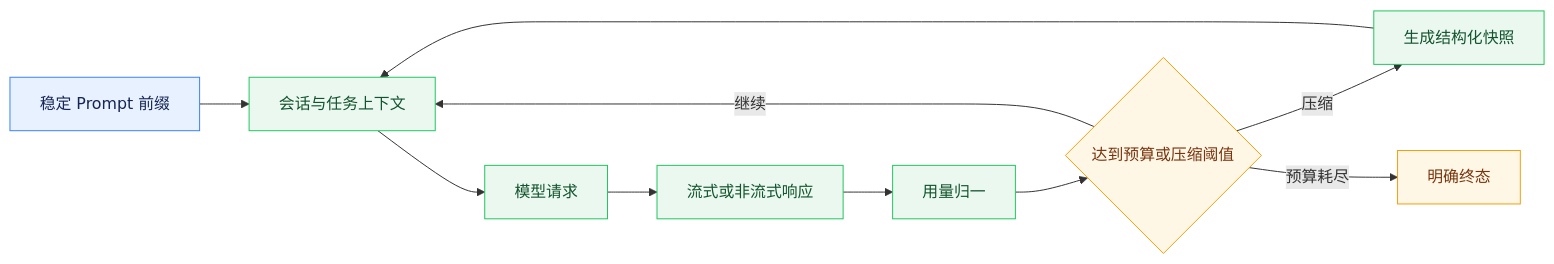
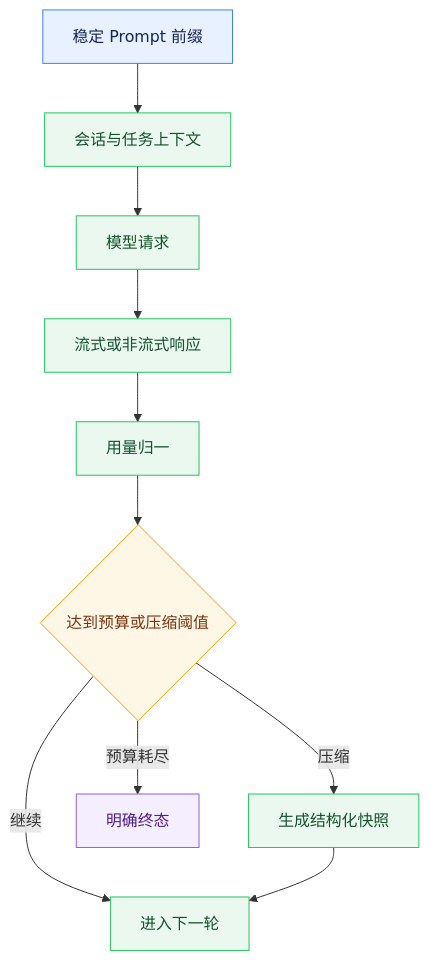
Before and after one commit to Logistic98/job-buddy: the diagram in agent-doc/核心能力/模型接入与上下文治理.md, drawn with Mermaid. The commit also changed other lines of this file and 32 other files, not shown here.

````diff
--- a/agent-doc/核心能力/模型接入与上下文治理.md
+++ b/agent-doc/核心能力/模型接入与上下文治理.md
@@ -43,19 +25,21 @@
 ```mermaid
-graph LR
+graph TD
     A[稳定 Prompt 前缀] --> B[会话与任务上下文]
     B --> C[模型请求]
     C --> D[流式或非流式响应]
     D --> E[用量归一]
     E --> F{达到预算或压缩阈值}
-    F -->|继续| B
+    F -->|继续| I[进入下一轮]
     F -->|压缩| G[生成结构化快照]
-    G --> B
+    G --> I
     F -->|预算耗尽| H[明确终态]
 
     classDef stable fill:#E8F1FF,stroke:#3B82F6,color:#172554;
     classDef process fill:#EAF8F0,stroke:#22C55E,color:#14532D;
     classDef decision fill:#FFF7E6,stroke:#F59E0B,color:#78350F;
+    classDef terminal fill:#F4EEFF,stroke:#8B5CF6,color:#4C1D95;
     class A stable;
-    class B,C,D,E,G process;
-    class F,H decision;
+    class B,C,D,E,G,I process;
+    class F decision;
+    class H terminal;
 ```
````
